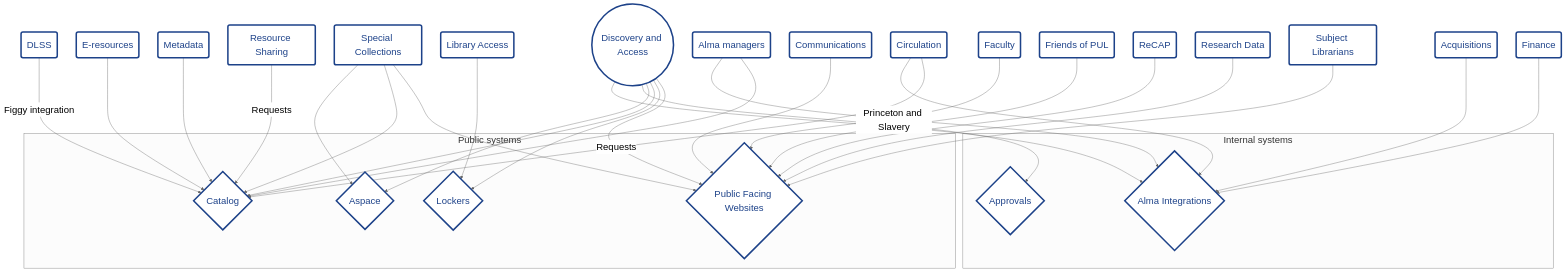
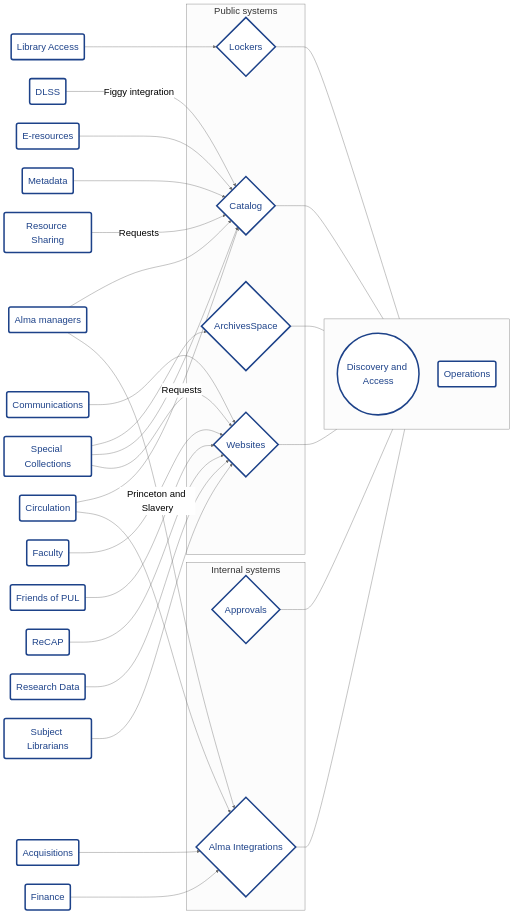
One commit to pulibrary/das_handbook changed the diagram in collaborations.md. Above: the diagram before and after it, drawn with Mermaid.

Commit message:
Updates from our meeting

````diff
--- a/collaborations.md
+++ b/collaborations.md
@@ -3,73 +3,79 @@
 ```mermaid
-flowchart TB
+flowchart LR
 %%{init: {'theme': 'neutral', 'themeVariables': { 'fontSize': '25px'}}}%%
     classDef default fill:#fff,stroke:#1d4289,color:#1d4289,stroke-width:4px;
 
     dacs((Discovery and Access))
 
     %% Collaborators
     access(Library Access)
     alma(Alma managers)
     acq(Acquisitions)
     circulation(Circulation)
     communications(Communications)
     dlss(DLSS)
     eresources(E-resources)
     faculty(Faculty)
     finance(Finance)
     fpul(Friends of PUL)
     metadata(Metadata)
+    ops(Operations)
     recap(ReCAP)
     research(Research Data)
     resource(Resource Sharing)
     special(Special Collections)
     subject(Subject Librarians)
 
 
     %% Systems
     subgraph Internal systems
+      approvals{Approvals}
       alma-integrations{Alma Integrations}
-      approvals{Approvals}
     end
     subgraph Public systems
-      aspace{Aspace}
+      aspace{ArchivesSpace}
       catalog{Catalog}
       lockers{Lockers}
-      websites{Public Facing Websites}
+      websites{Websites}
+    end
+    subgraph IT[" "]
+      dacs
+      ops
     end
 
     %% Relationships
-    dacs-->alma-integrations
-    dacs-->approvals
-    dacs-->aspace
-    dacs-->catalog
-    dacs-->lockers
-    dacs-->websites
-    
-    alma-->alma-integrations
-    acq-->alma-integrations
-    circulation-->alma-integrations
-    finance-->alma-integrations
+    access-->lockers
+
+    lockers---IT
+    catalog---IT
+    aspace---IT
+    websites---IT
+    approvals---IT
+    alma-integrations---IT
 
     special-->aspace
 
     alma-->catalog
     circulation--Requests-->catalog
     dlss--Figgy integration-->catalog
     eresources-->catalog
     metadata-->catalog
     resource--Requests-->catalog
     special-->catalog
 
-    access-->lockers
 
     communications-->websites
     faculty--Princeton and Slavery-->websites
     fpul-->websites
     recap-->websites
     research-->websites
     special-->websites
     subject-->websites
+    
+    alma-->alma-integrations
+    acq-->alma-integrations
+    circulation-->alma-integrations
+    finance-->alma-integrations
 
 
 ```
````
